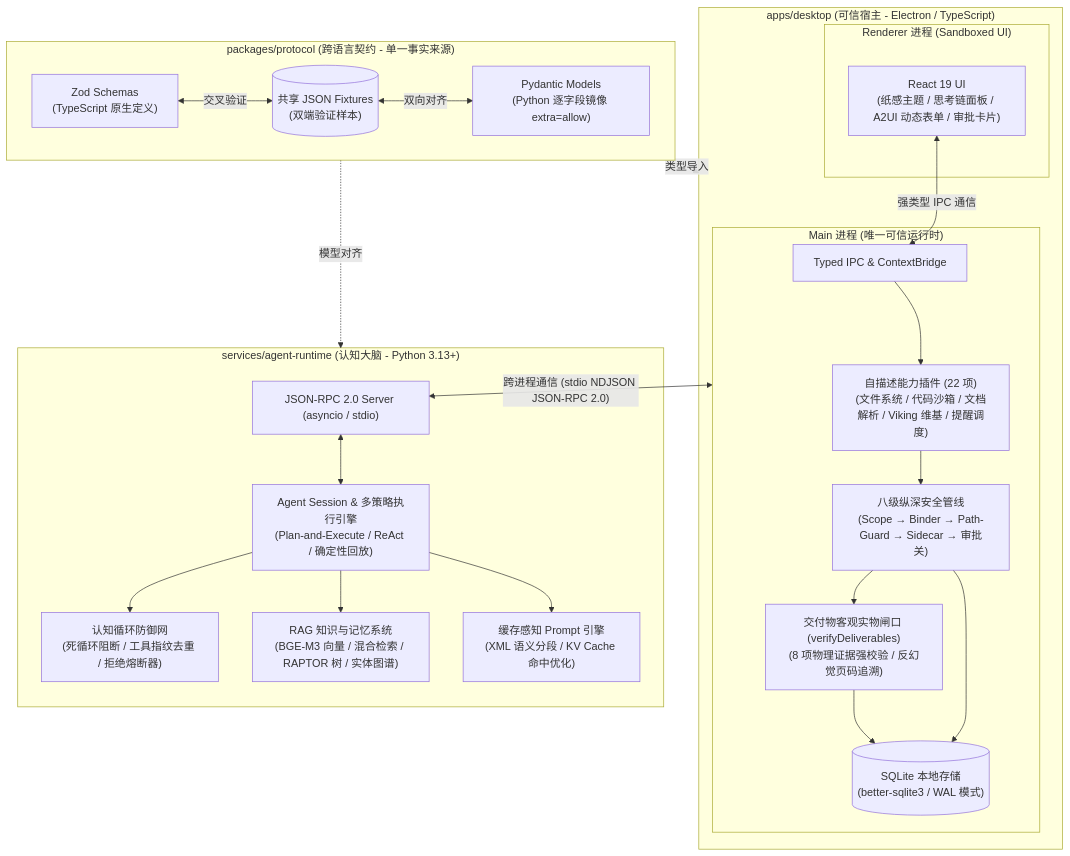
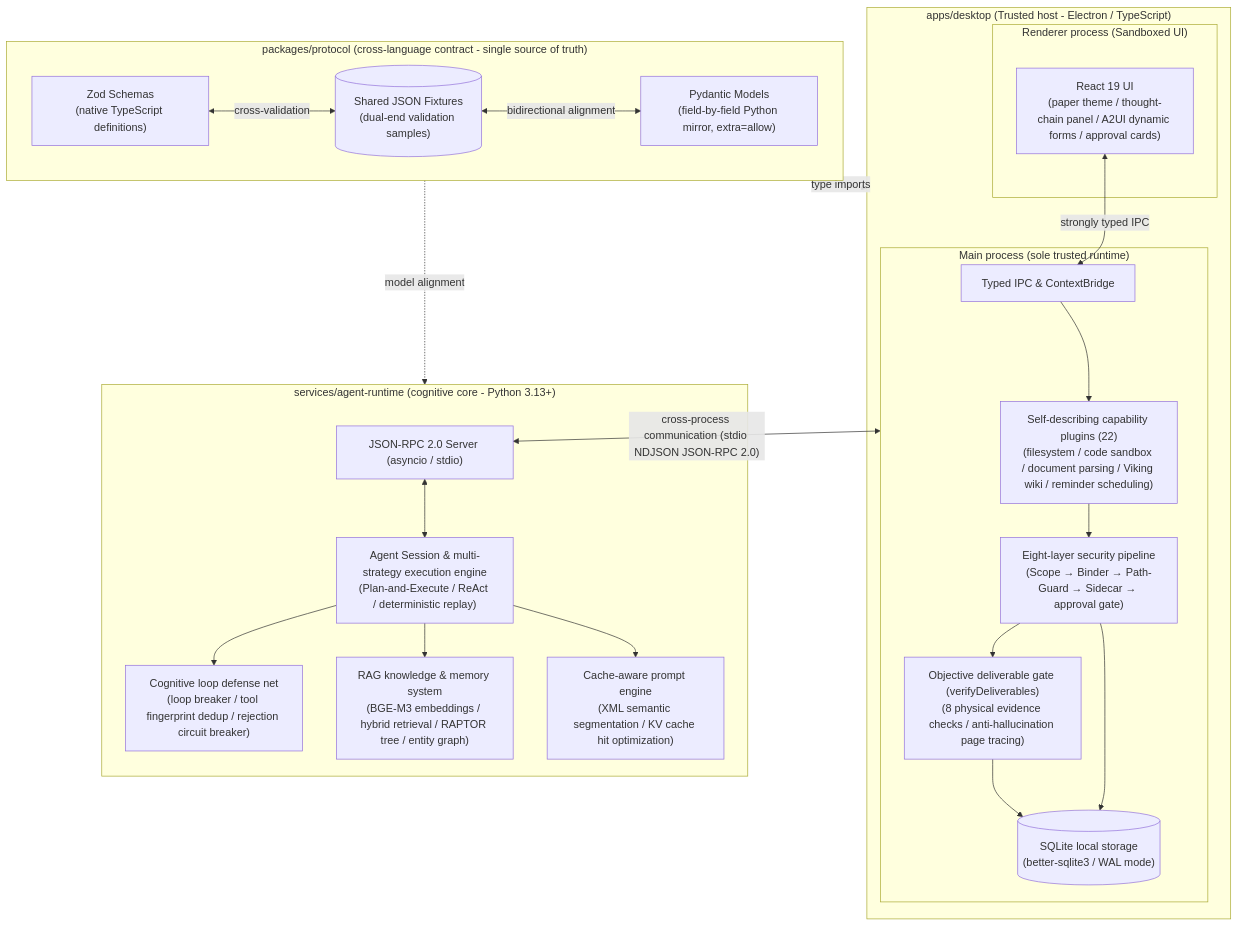
The first of 2 diagrams in README.md (Azusa010/personal-agent), drawn with Mermaid before and after one commit. The commit also changed other lines of this file and 1 other file, not shown here.

````diff
--- a/README.md
+++ b/README.md
@@ -148,50 +152,50 @@
 ```mermaid
 flowchart TB
-    subgraph Desktop ["apps/desktop (可信宿主 - Electron / TypeScript)"]
-        subgraph Renderer ["Renderer 进程 (Sandboxed UI)"]
-            UI["React 19 UI\n(纸感主题 / 思考链面板 / A2UI 动态表单 / 审批卡片)"]
+    subgraph Desktop ["apps/desktop (Trusted host - Electron / TypeScript)"]
+        subgraph Renderer ["Renderer process (Sandboxed UI)"]
+            UI["React 19 UI\n(paper theme / thought-chain panel / A2UI dynamic forms / approval cards)"]
         end
 
-        subgraph Main ["Main 进程 (唯一可信运行时)"]
+        subgraph Main ["Main process (sole trusted runtime)"]
             IPC["Typed IPC & ContextBridge"]
-            Plugins["自描述能力插件 (22 项)\n(文件系统 / 代码沙箱 / 文档解析 / Viking 维基 / 提醒调度)"]
-            Security["八级纵深安全管线\n(Scope → Binder → Path-Guard → Sidecar → 审批关)"]
-            Gate["交付物客观实物闸口 (verifyDeliverables)\n(8 项物理证据强校验 / 反幻觉页码追溯)"]
-            DB[("SQLite 本地存储\n(better-sqlite3 / WAL 模式)")]
+            Plugins["Self-describing capability plugins (22)\n(filesystem / code sandbox / document parsing / Viking wiki / reminder scheduling)"]
+            Security["Eight-layer security pipeline\n(Scope → Binder → Path-Guard → Sidecar → approval gate)"]
+            Gate["Objective deliverable gate (verifyDeliverables)\n(8 physical evidence checks / anti-hallucination page tracing)"]
+            DB[("SQLite local storage\n(better-sqlite3 / WAL mode)")]
         end
 
-        UI <-->|"强类型 IPC 通信"| IPC
+        UI <-->|"strongly typed IPC"| IPC
         IPC --> Plugins
         Plugins --> Security
         Security --> Gate
         Security --> DB
         Gate --> DB
     end
 
-    subgraph Runtime ["services/agent-runtime (认知大脑 - Python 3.13+)"]
+    subgraph Runtime ["services/agent-runtime (cognitive core - Python 3.13+)"]
         Server["JSON-RPC 2.0 Server (asyncio / stdio)"]
-        Engine["Agent Session & 多策略执行引擎\n(Plan-and-Execute / ReAct / 确定性回放)"]
-        Defense["认知循环防御网\n(死循环阻断 / 工具指纹去重 / 拒绝熔断器)"]
-        Knowledge["RAG 知识与记忆系统\n(BGE-M3 向量 / 混合检索 / RAPTOR 树 / 实体图谱)"]
-        PromptEngine["缓存感知 Prompt 引擎\n(XML 语义分段 / KV Cache 命中优化)"]
+        Engine["Agent Session & multi-strategy execution engine\n(Plan-and-Execute / ReAct / deterministic replay)"]
+        Defense["Cognitive loop defense net\n(loop breaker / tool fingerprint dedup / rejection circuit breaker)"]
+        Knowledge["RAG knowledge & memory system\n(BGE-M3 embeddings / hybrid retrieval / RAPTOR tree / entity graph)"]
+        PromptEngine["Cache-aware prompt engine\n(XML semantic segmentation / KV cache hit optimization)"]
 
         Server <--> Engine
         Engine --> Defense
         Engine --> Knowledge
         Engine --> PromptEngine
     end
 
-    subgraph Protocol ["packages/protocol (跨语言契约 - 单一事实来源)"]
+    subgraph Protocol ["packages/protocol (cross-language contract - single source of truth)"]
         direction LR
-        Zod["Zod Schemas\n(TypeScript 原生定义)"]
-        Fixtures[("共享 JSON Fixtures\n(双端验证样本)")]
-        Pydantic["Pydantic Models\n(Python 逐字段镜像 extra=allow)"]
+        Zod["Zod Schemas\n(native TypeScript definitions)"]
+        Fixtures[("Shared JSON Fixtures\n(dual-end validation samples)")]
+        Pydantic["Pydantic Models\n(field-by-field Python mirror, extra=allow)"]
 
-        Zod <-->|"交叉验证"| Fixtures
-        Fixtures <-->|"双向对齐"| Pydantic
+        Zod <-->|"cross-validation"| Fixtures
+        Fixtures <-->|"bidirectional alignment"| Pydantic
     end
 
-    Main <-->|"跨进程通信 (stdio NDJSON JSON-RPC 2.0)"| Server
-    Zod -.->|"类型导入"| Desktop
-    Pydantic -.->|"模型对齐"| Runtime
+    Main <-->|"cross-process communication (stdio NDJSON JSON-RPC 2.0)"| Server
+    Zod -.->|"type imports"| Desktop
+    Pydantic -.->|"model alignment"| Runtime
 ```
````
